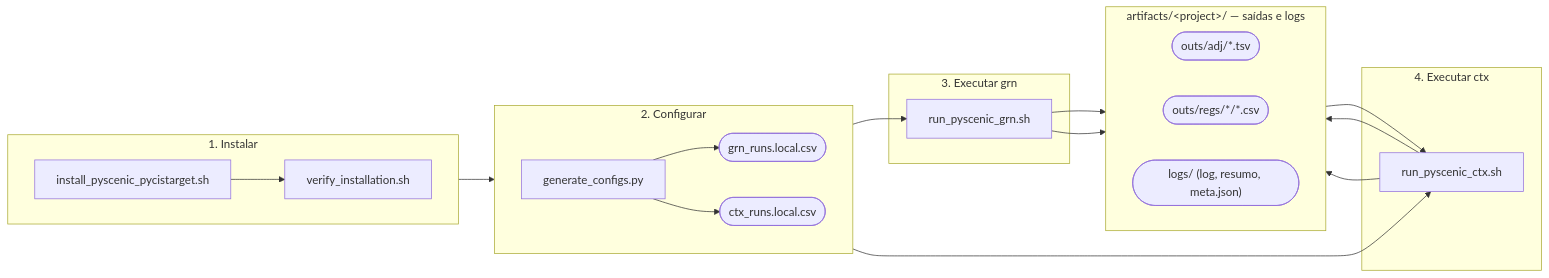
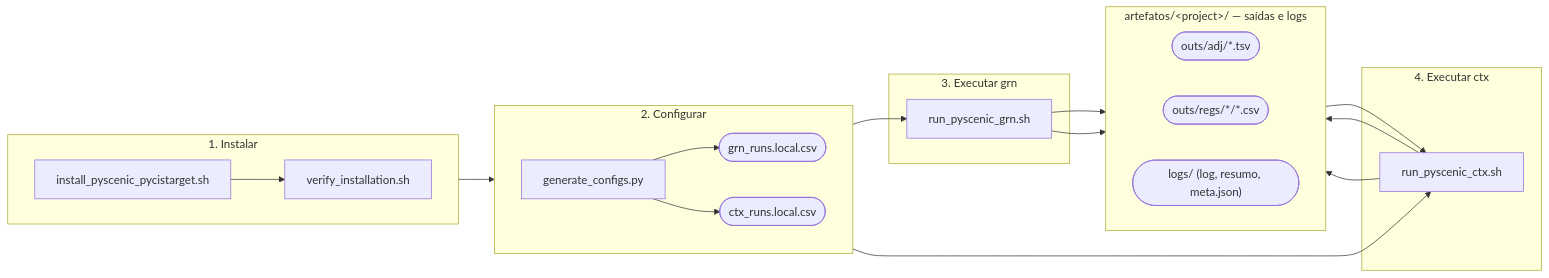
One commit to JVictorFFernandes/scenic-pipeline-toolkit changed the diagram in README.md. Above: the diagram before and after it, drawn with Mermaid. The commit also changed other lines of this file and 18 other files, not shown here.

````diff
--- a/README.md
+++ b/README.md
@@ -24,34 +24,34 @@
 ```mermaid
 flowchart LR
     subgraph S1["1. Instalar"]
         direction LR
         Install["install_pyscenic_pycistarget.sh"] --> Verify["verify_installation.sh"]
     end
 
     subgraph S2["2. Configurar"]
         direction LR
         Configure["generate_configs.py"] --> GrnCsv(["grn_runs.local.csv"]) & CtxCsv(["ctx_runs.local.csv"])
     end
 
     subgraph S3["3. Executar grn"]
         Grn["run_pyscenic_grn.sh"]
     end
 
     subgraph S4["4. Executar ctx"]
         Ctx["run_pyscenic_ctx.sh"]
     end
 
-    subgraph S5["artifacts/&lt;project&gt;/ — saídas e logs"]
+    subgraph S5["artefatos/&lt;project&gt;/ — saídas e logs"]
         direction LR
         Adj(["outs/adj/*.tsv"])
         Regulons(["outs/regs/*/*.csv"])
         Telemetry(["logs/ (log, resumo, meta.json)"])
     end
 
     S1 --> S2
     GrnCsv --> Grn
     CtxCsv --> Ctx
     Grn --> Adj & Telemetry
     Adj --> Ctx
     Ctx --> Regulons & Telemetry
 ```
````
